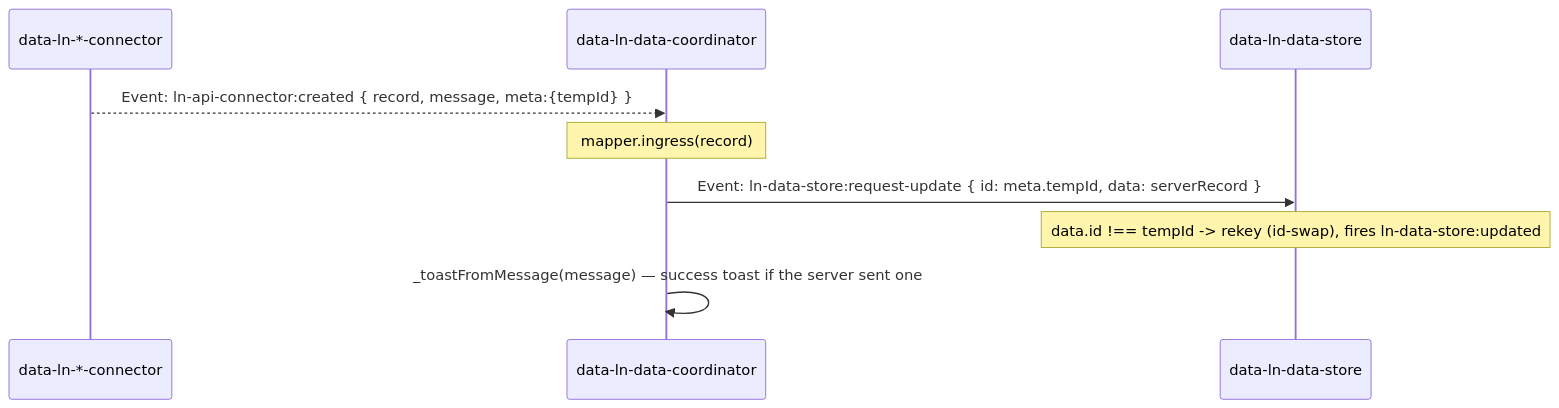
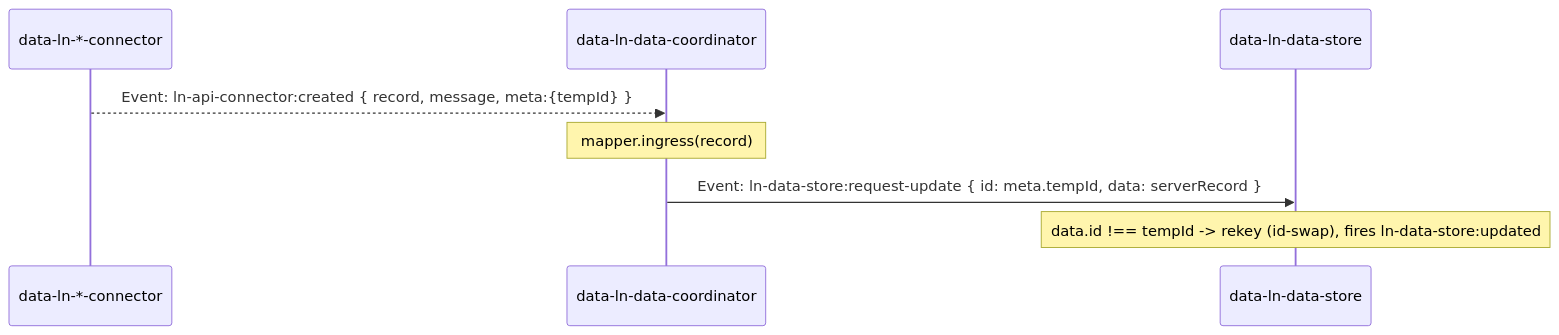
Before and after one commit to livenetworks/ln-ashlar: the third of 3 diagrams in components/ln-data-coordinator/README.md, drawn with Mermaid. The commit also changed other lines of this file and 156 other files, not shown here.

````diff
--- a/components/ln-data-coordinator/README.md
+++ b/components/ln-data-coordinator/README.md
@@ -311,12 +308,11 @@
 ```mermaid
 sequenceDiagram
     participant Gateway as data-ln-*-connector
     participant Coord as data-ln-data-coordinator
     participant Store as data-ln-data-store
 
     Gateway-->>Coord: Event: ln-api-connector:created { record, message, meta:{tempId} }
     Note over Coord: mapper.ingress(record)
     Coord->>Store: Event: ln-data-store:request-update { id: meta.tempId, data: serverRecord }
     Note over Store: data.id !== tempId -> rekey (id-swap), fires ln-data-store:updated
-    Coord->>Coord: _toastFromMessage(message) — success toast if the server sent one
 ```
````
